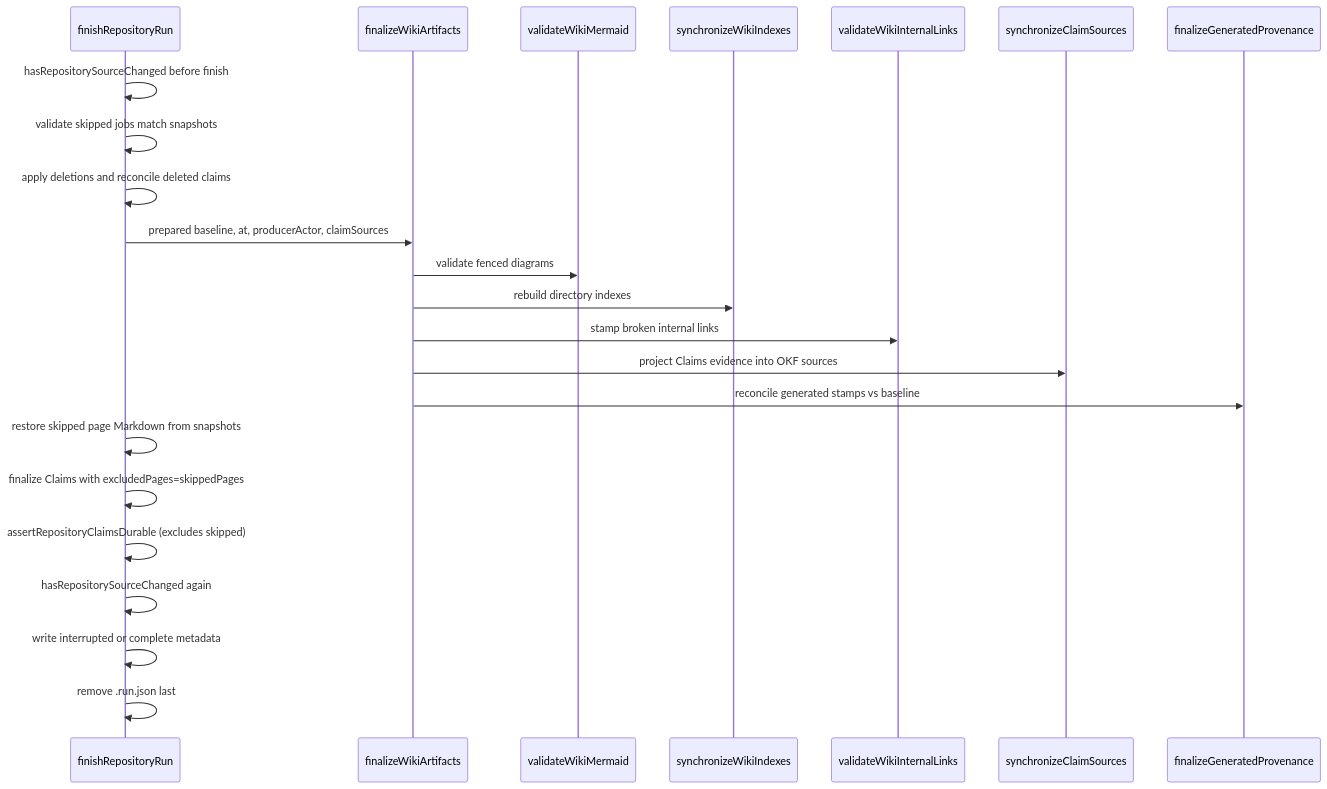
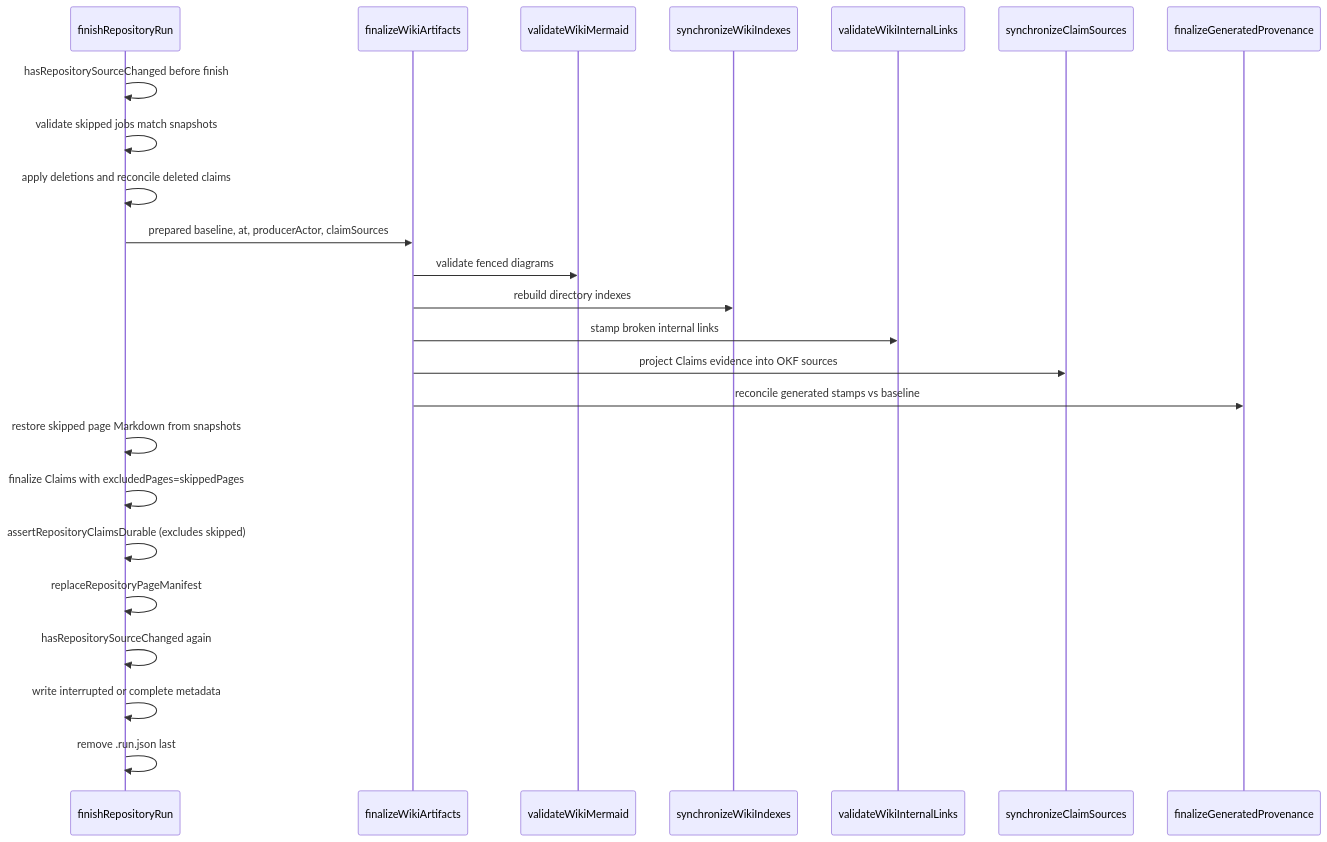
One commit to langchain-ai/openwiki changed the diagram in openwiki/workflows/wiki-finalization.md. Above: the diagram before and after it, drawn with Mermaid. The commit also changed other lines of this file and 25 other files, not shown here.

````diff
--- a/openwiki/workflows/wiki-finalization.md
+++ b/openwiki/workflows/wiki-finalization.md
@@ -68,25 +70,26 @@
 ```mermaid
 sequenceDiagram
     participant Caller as finishRepositoryRun
     participant Fin as finalizeWikiArtifacts
     participant Mermaid as validateWikiMermaid
     participant Index as synchronizeWikiIndexes
     participant LinkVal as validateWikiInternalLinks
     participant Claims as synchronizeClaimSources
     participant Prov as finalizeGeneratedProvenance
     Caller->>Caller: hasRepositorySourceChanged before finish
     Caller->>Caller: validate skipped jobs match snapshots
     Caller->>Caller: apply deletions and reconcile deleted claims
     Caller->>Fin: prepared baseline, at, producerActor, claimSources
     Fin->>Mermaid: validate fenced diagrams
     Fin->>Index: rebuild directory indexes
     Fin->>LinkVal: stamp broken internal links
     Fin->>Claims: project Claims evidence into OKF sources
     Fin->>Prov: reconcile generated stamps vs baseline
     Caller->>Caller: restore skipped page Markdown from snapshots
     Caller->>Caller: finalize Claims with excludedPages=skippedPages
     Caller->>Caller: assertRepositoryClaimsDurable (excludes skipped)
+    Caller->>Caller: replaceRepositoryPageManifest
     Caller->>Caller: hasRepositorySourceChanged again
     Caller->>Caller: write interrupted or complete metadata
     Caller->>Caller: remove .run.json last
 ```
````
